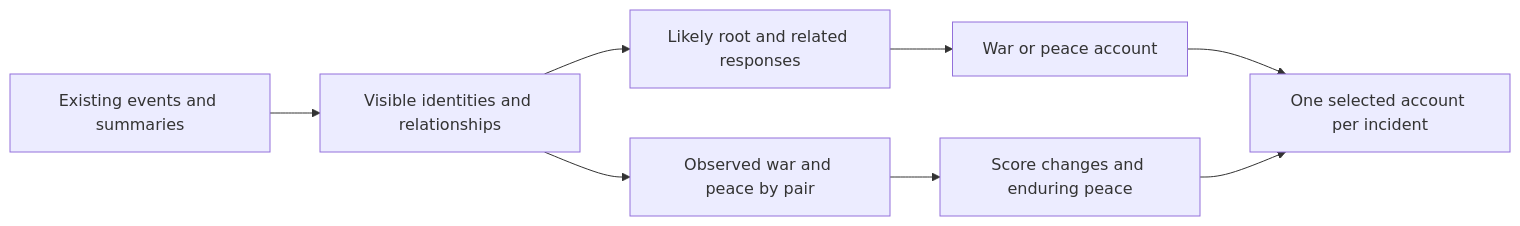
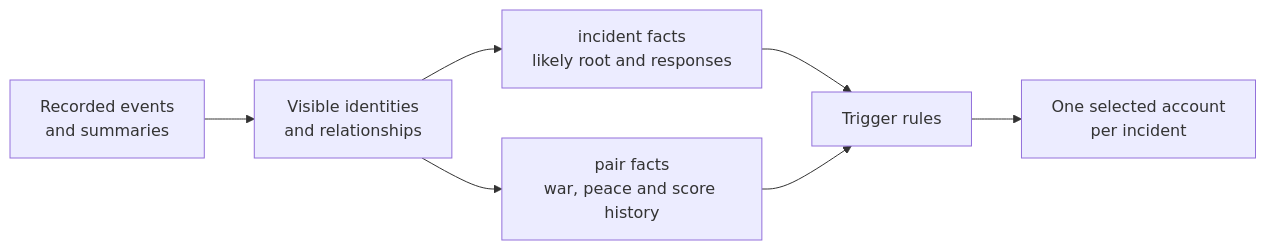
Before and after one commit to vox-deorum/vox-deorum: the diagram in docs/developers/vox-agents/newspaper/triggers/war-and-peace.md, drawn with Mermaid. The commit also changed other lines of this file and 19 other files, not shown here.

````diff
--- a/docs/developers/vox-agents/newspaper/triggers/war-and-peace.md
+++ b/docs/developers/vox-agents/newspaper/triggers/war-and-peace.md
@@ -9,10 +9,9 @@
 ```mermaid
 flowchart LR
-    Recording[Existing events and summaries] --> Projection[Visible identities and relationships]
-    Projection --> Incident[Likely root and related responses]
-    Projection --> Pair[Observed war and peace by pair]
-    Incident --> Candidate[War or peace account]
-    Pair --> Progress[Score changes and enduring peace]
-    Candidate --> Selection[One selected account per incident]
-    Progress --> Selection
+    Recording[Recorded events<br/>and summaries] --> Projection[Visible identities<br/>and relationships]
+    Projection --> Incident[incident facts<br/>likely root and responses]
+    Projection --> Pair[pair facts<br/>war, peace and score history]
+    Incident --> Rules[Trigger rules]
+    Pair --> Rules
+    Rules --> Selection[One selected account<br/>per incident]
 ```
````
